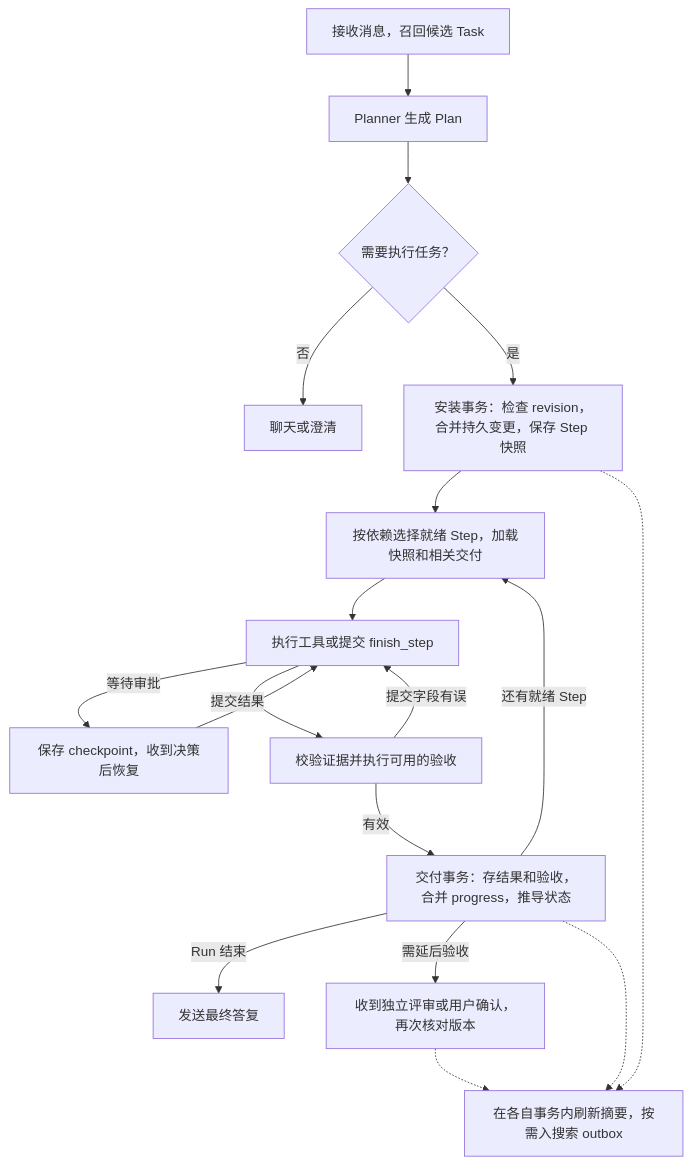
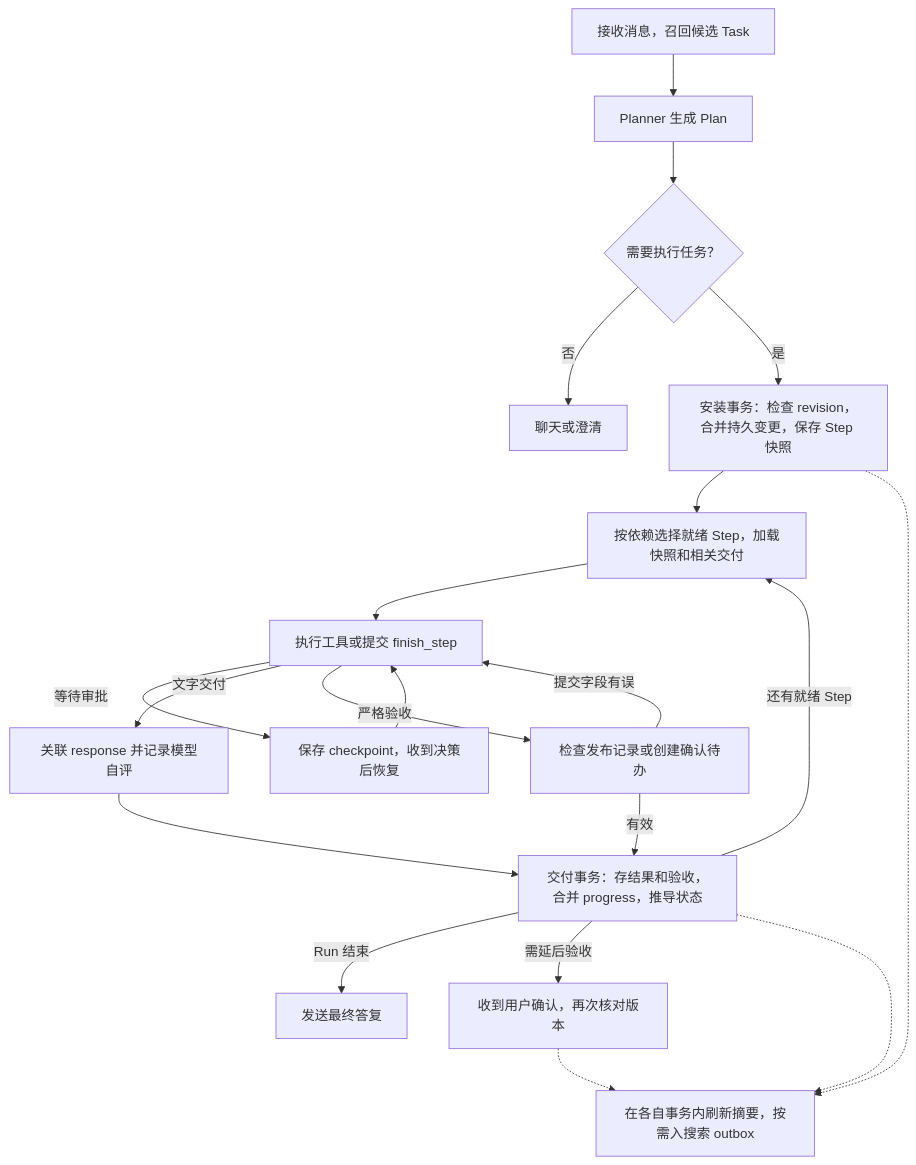
Before and after one commit to artoriasxpf/artorias-assistant: the first of 2 diagrams in docs/design/task_memory.md, drawn with Mermaid. The commit also changed other lines of this file and 9 other files, not shown here.

````diff
--- a/docs/design/task_memory.md
+++ b/docs/design/task_memory.md
@@ -140,20 +148,22 @@
 ```mermaid
 flowchart TD
     A["接收消息，召回候选 Task"] --> B["Planner 生成 Plan"]
     B --> C{"需要执行任务？"}
     C -->|否| D["聊天或澄清"]
     C -->|是| E["安装事务：检查 revision，合并持久变更，保存 Step 快照"]
     E --> F["按依赖选择就绪 Step，加载快照和相关交付"]
     F --> G["执行工具或提交 finish_step"]
     G -->|等待审批| H["保存 checkpoint，收到决策后恢复"]
     H --> G
-    G -->|提交结果| I["校验证据并执行可用的验收"]
+    G -->|文字交付| N["关联 response 并记录模型自评"]
+    N --> J
+    G -->|严格验收| I["检查发布记录或创建确认待办"]
     I -->|提交字段有误| G
     I -->|有效| J["交付事务：存结果和验收，合并 progress，推导状态"]
     J -->|还有就绪 Step| F
     J -->|Run 结束| K["发送最终答复"]
-    J -->|需延后验收| L["收到独立评审或用户确认，再次核对版本"]
+    J -->|需延后验收| L["收到用户确认，再次核对版本"]
     E -.-> M["在各自事务内刷新摘要，按需入搜索 outbox"]
     J -.-> M
     L -.-> M
 ```
````
